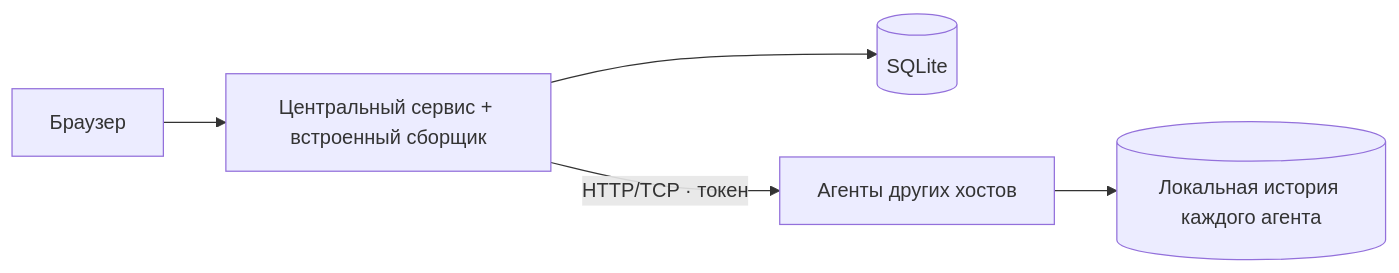
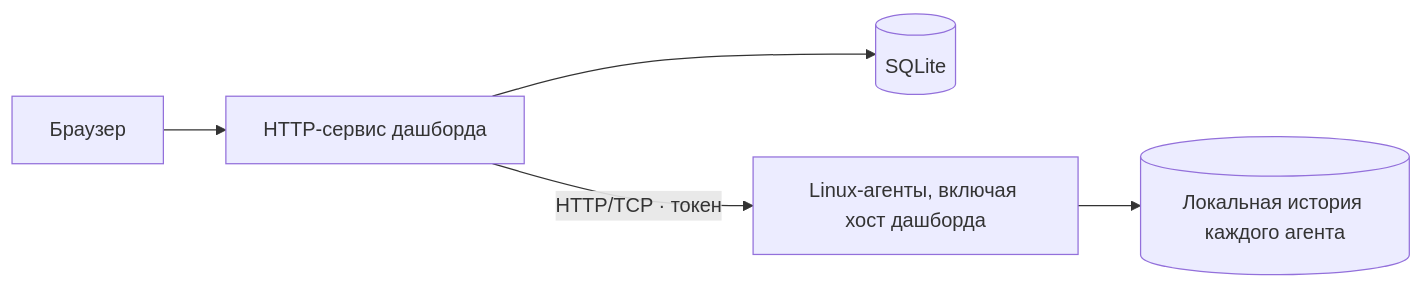
Before and after one commit to nikitakiselev/homelab-dashboard: the diagram in README.ru.md, drawn with Mermaid. The commit also changed other lines of this file and 31 other files, not shown here.

First line of the commit message:
refactor(server)!: separate dashboard from Linux agents

````diff
--- a/README.ru.md
+++ b/README.ru.md
@@ -61,7 +61,7 @@
 ```mermaid
 flowchart LR
-    UI["Браузер"] --> Server["Центральный сервис + встроенный сборщик"]
+    UI["Браузер"] --> Server["HTTP-сервис дашборда"]
     Server --> DB[("SQLite")]
-    Server -->|"HTTP/TCP · токен"| Agents["Агенты других хостов"]
+    Server -->|"HTTP/TCP · токен"| Agents["Linux-агенты, включая хост дашборда"]
     Agents --> History[("Локальная история каждого агента")]
 ```
````
